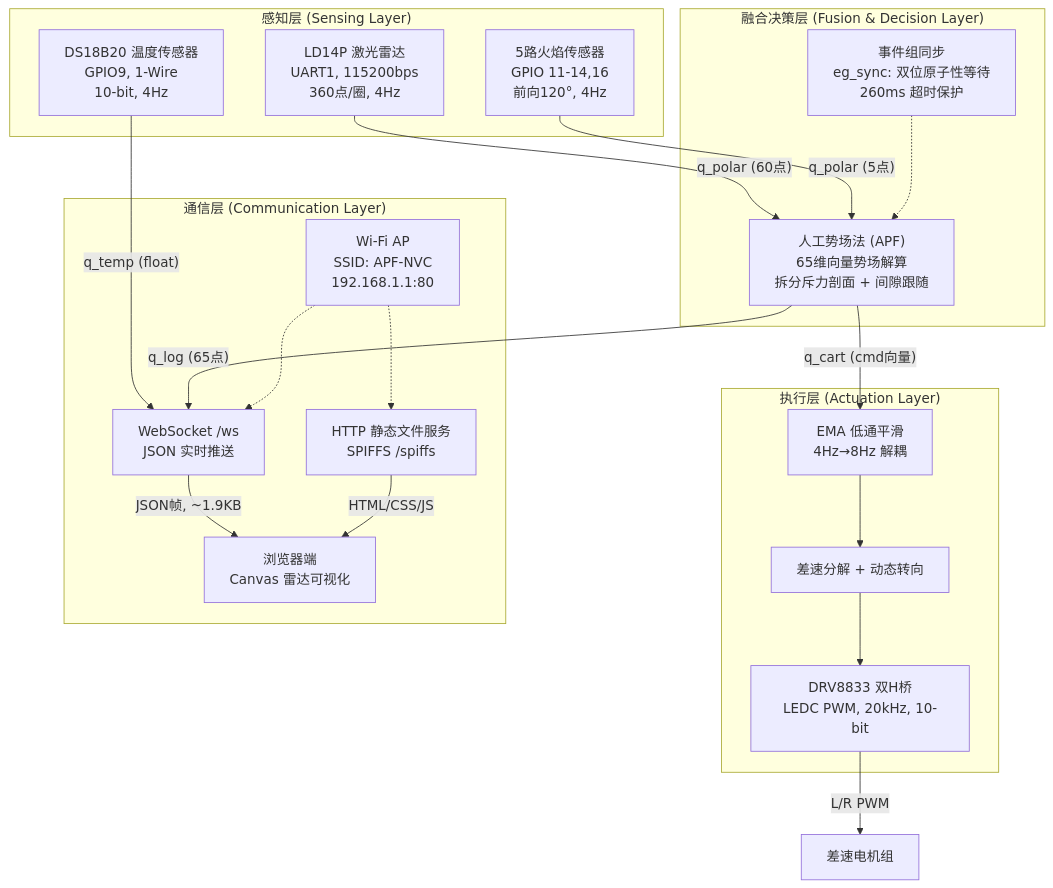
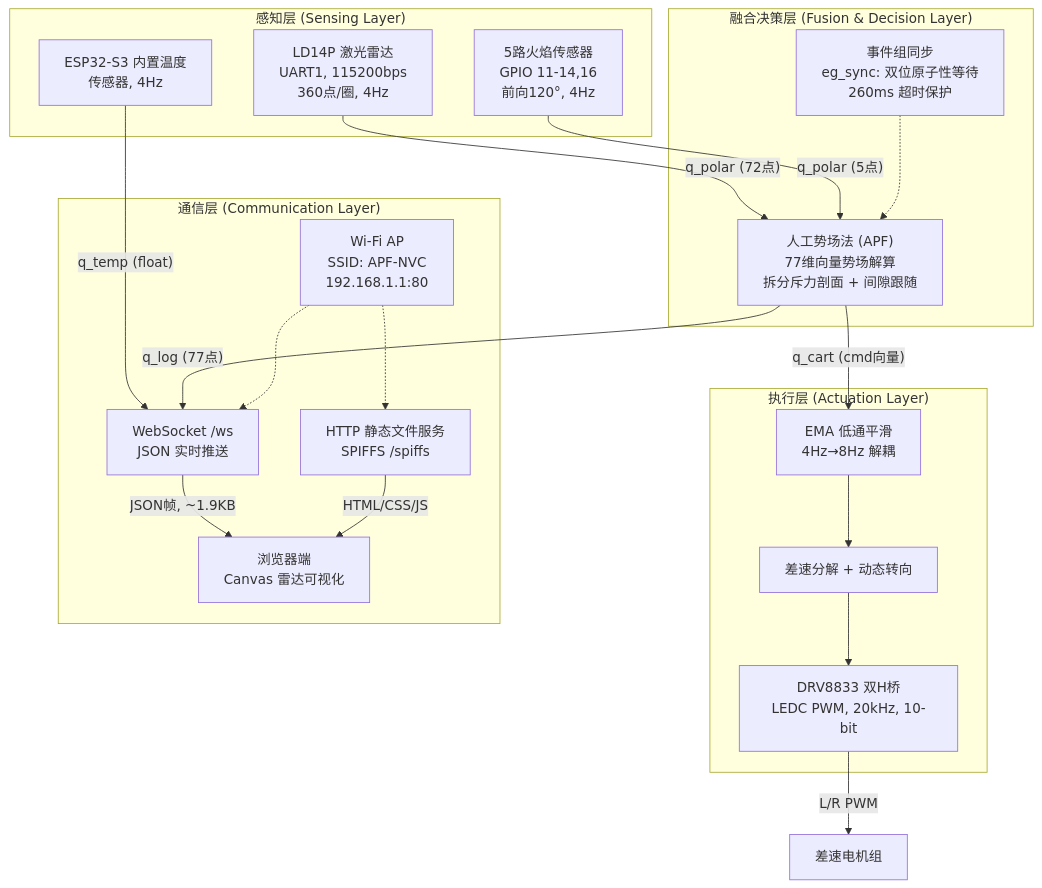
The first of 2 diagrams in README.md (axwhizee/TARS), drawn with Mermaid before and after one commit. The commit also changed other lines of this file and 8 other files, not shown here.

Commit message:
功能：添加手动/自动模式切换功能，手动模式下可以拖动雷达图摇杆直接发送cmd流，用以控制小车行进

````diff
--- a/README.md
+++ b/README.md
@@ -85,40 +86,40 @@
 ```mermaid
 graph TB
     subgraph Sensing["感知层 (Sensing Layer)"]
         LIDAR["LD14P 激光雷达<br/>UART1, 115200bps<br/>360点/圈, 4Hz"]
         FLAME["5路火焰传感器<br/>GPIO 11-14,16<br/>前向120°, 4Hz"]
-        TEMP["DS18B20 温度传感器<br/>GPIO9, 1-Wire<br/>10-bit, 4Hz"]
+        TEMP["ESP32-S3 内置温度<br/>传感器, 4Hz"]
     end
 
     subgraph Fusion["融合决策层 (Fusion & Decision Layer)"]
-        APF["人工势场法 (APF)<br/>65维向量势场解算<br/>拆分斥力剖面 + 间隙跟随"]
+        APF["人工势场法 (APF)<br/>77维向量势场解算<br/>拆分斥力剖面 + 间隙跟随"]
         SYNC["事件组同步<br/>eg_sync: 双位原子性等待<br/>260ms 超时保护"]
     end
 
     subgraph Actuation["执行层 (Actuation Layer)"]
         EMA["EMA 低通平滑<br/>4Hz→8Hz 解耦"]
         DIFF["差速分解 + 动态转向"]
         PWM["DRV8833 双H桥<br/>LEDC PWM, 20kHz, 10-bit"]
     end
 
     subgraph Comm["通信层 (Communication Layer)"]
         AP["Wi-Fi AP<br/>SSID: APF-NVC<br/>192.168.1.1:80"]
         WS["WebSocket /ws<br/>JSON 实时推送"]
         HTTP["HTTP 静态文件服务<br/>SPIFFS /spiffs"]
         BROWSER["浏览器端<br/>Canvas 雷达可视化"]
     end
 
-    LIDAR -->|"q_polar (60点)"| APF
+    LIDAR -->|"q_polar (72点)"| APF
     FLAME -->|"q_polar (5点)"| APF
     TEMP -->|"q_temp (float)"| WS
     APF -->|"q_cart (cmd向量)"| EMA
-    APF -->|"q_log (65点)"| WS
+    APF -->|"q_log (77点)"| WS
     SYNC -.-> APF
     EMA --> DIFF
     DIFF --> PWM
     PWM -->|"L/R PWM"| MOTOR["差速电机组"]
     WS -->|"JSON帧, ~1.9KB"| BROWSER
     HTTP -->|"HTML/CSS/JS"| BROWSER
     AP -.-> WS
     AP -.-> HTTP
 ```
````
